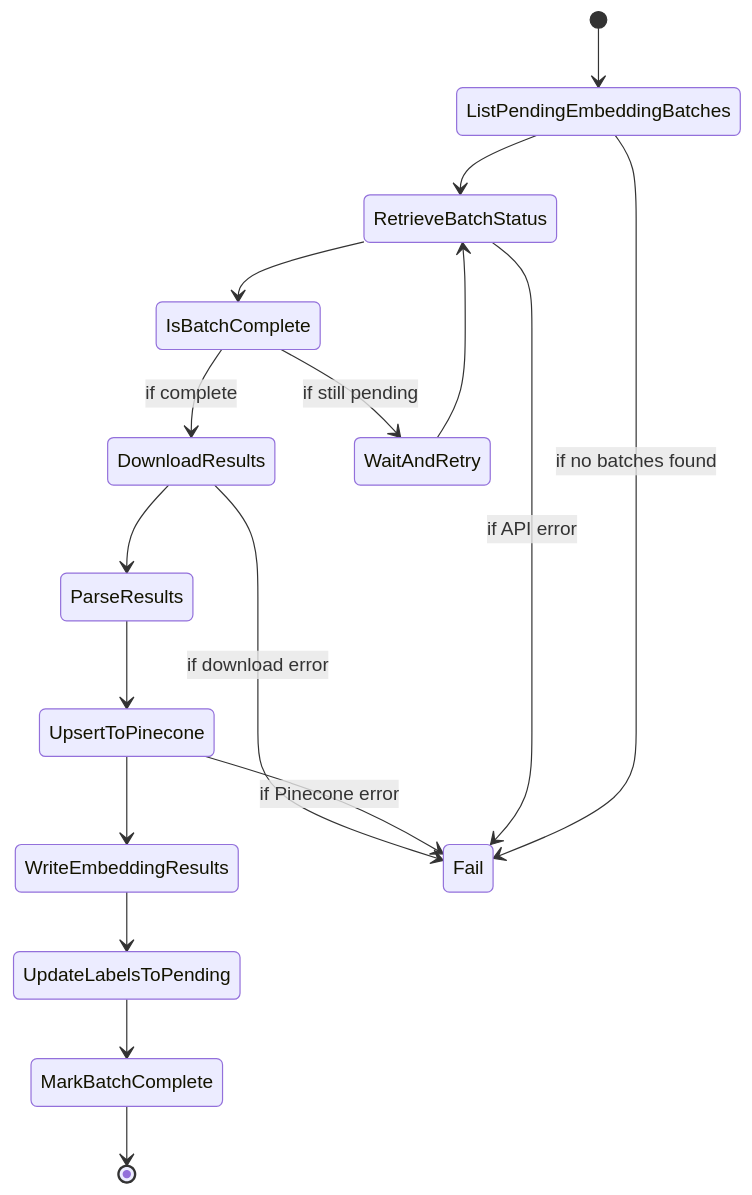
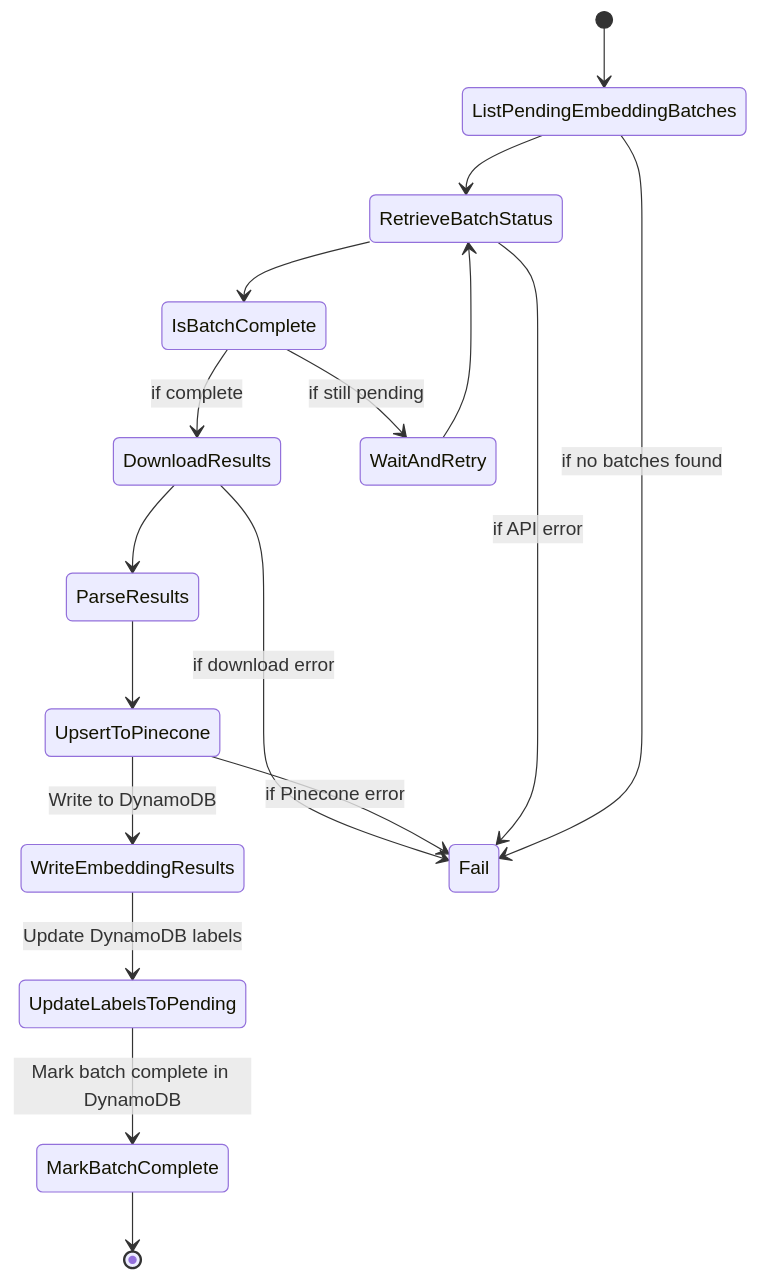
The diagram in receipt_label/receipt_label/poll_embedding_batch/README.md (tnorlund/Portfolio), drawn with Mermaid before and after one commit. The commit also changed 1 other file, not shown here.

````diff
--- a/receipt_label/receipt_label/poll_embedding_batch/README.md
+++ b/receipt_label/receipt_label/poll_embedding_batch/README.md
@@ -5,21 +5,21 @@
 ```mermaid
 stateDiagram-v2
     [*] --> ListPendingEmbeddingBatches
     ListPendingEmbeddingBatches --> RetrieveBatchStatus
     RetrieveBatchStatus --> IsBatchComplete
     IsBatchComplete --> DownloadResults : if complete
     IsBatchComplete --> WaitAndRetry : if still pending
     WaitAndRetry --> RetrieveBatchStatus
 
     DownloadResults --> ParseResults
     ParseResults --> UpsertToPinecone
-    UpsertToPinecone --> WriteEmbeddingResults
-    WriteEmbeddingResults --> UpdateLabelsToPending
-    UpdateLabelsToPending --> MarkBatchComplete
+    UpsertToPinecone --> WriteEmbeddingResults : Write to DynamoDB
+    WriteEmbeddingResults --> UpdateLabelsToPending : Update DynamoDB labels
+    UpdateLabelsToPending --> MarkBatchComplete : Mark batch complete in DynamoDB
     MarkBatchComplete --> [*]
 
     DownloadResults --> Fail : if download error
     UpsertToPinecone --> Fail : if Pinecone error
     RetrieveBatchStatus --> Fail : if API error
     ListPendingEmbeddingBatches --> Fail : if no batches found
 ```
````
